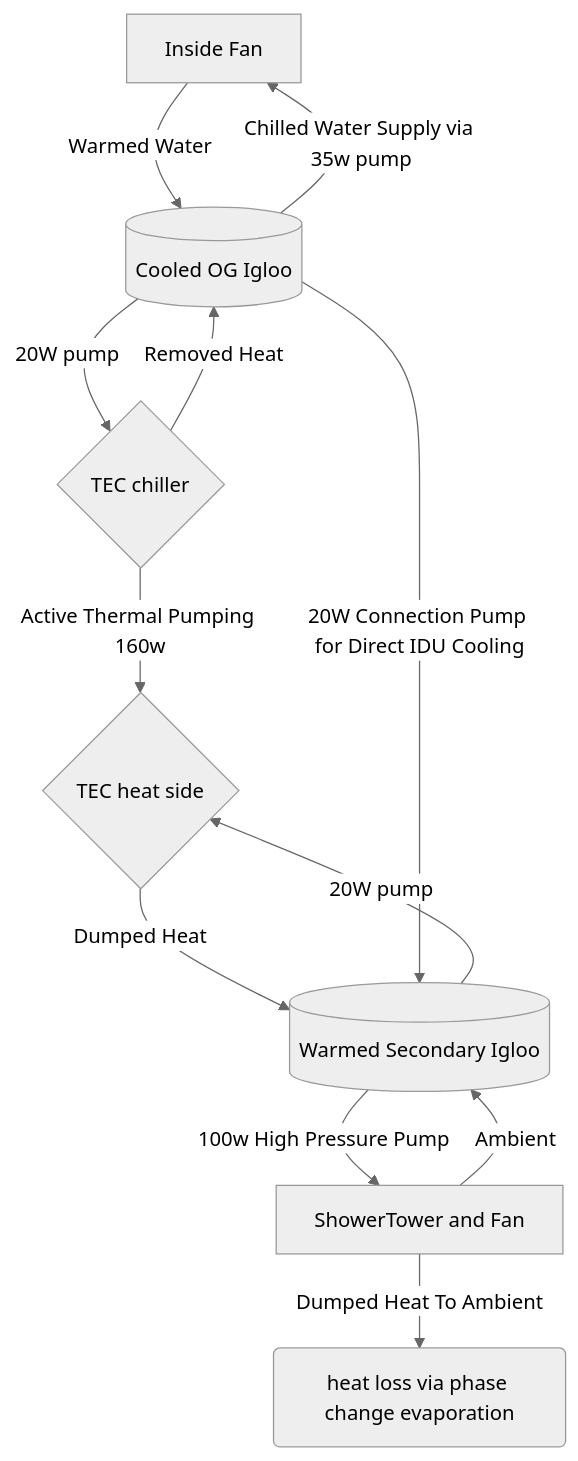
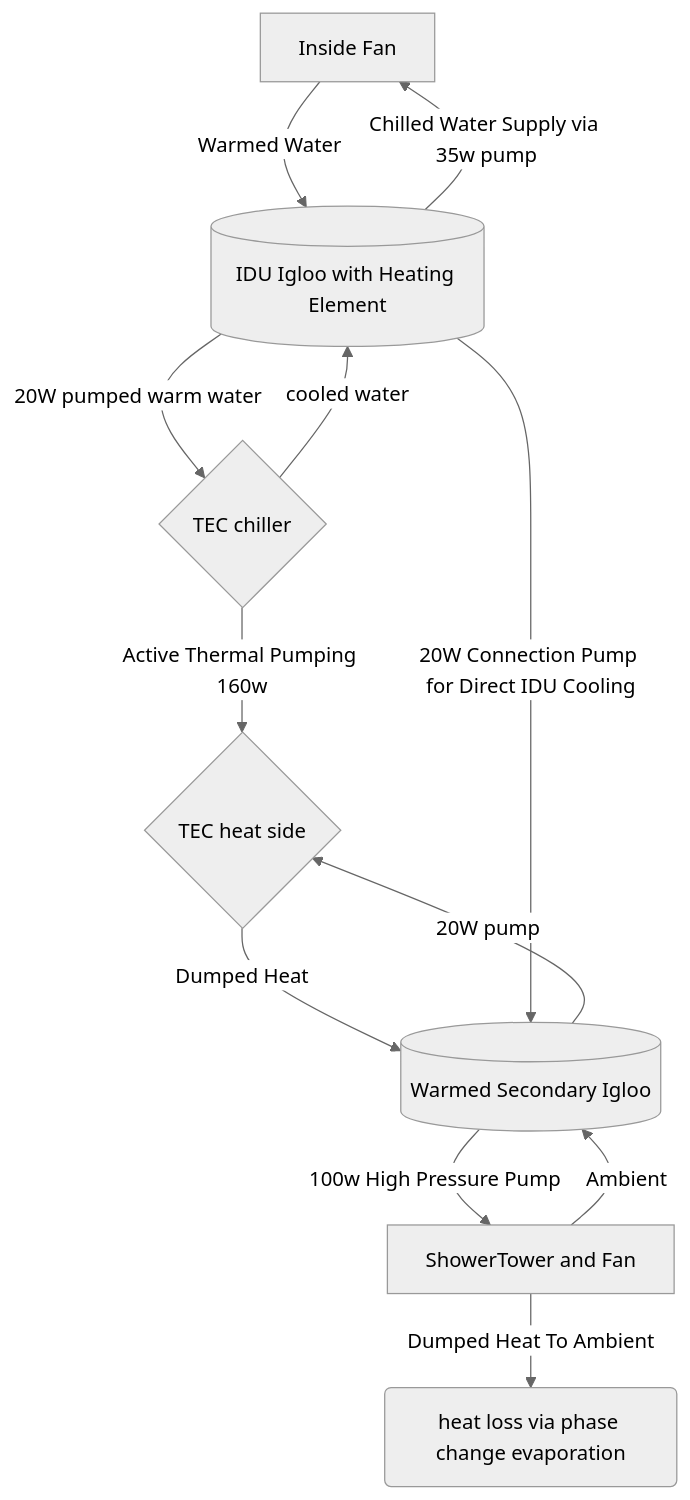
Before and after one commit to ericdmoore/casitaAzul: the diagram in src/cooling/readme.md, drawn with Mermaid (neutral theme).

Commit message:
diagram updates.13

````diff
--- a/src/cooling/readme.md
+++ b/src/cooling/readme.md
@@ -36,15 +36,15 @@
 ```mermaid
 flowchart TD
-   IDU[Inside Fan] -->|Warmed Water| IDUtub[(Cooled OG Igloo)]
+   IDU[Inside Fan] -->|Warmed Water| IDUtub[(IDU Igloo with Heating Element)]
    IDUtub -->|Chilled Water Supply via 35w pump| IDU
-   IDUtub -->|20W pump| TECcold{TEC chiller}
-   TECcold --> |Removed Heat| IDUtub
+   IDUtub -->|20W pumped warm water | TECcold{TEC chiller}
+   TECcold --> |cooled water| IDUtub
    TECcold --> |Active Thermal Pumping 160w| TEChot{TEC heat side}
    ODUtub[(Warmed Secondary Igloo)] -->|20W pump| TEChot
    TEChot -->|Dumped Heat| ODUtub
    ODUtub --> |100w High Pressure Pump| ShowerTower[ShowerTower and Fan]
    ShowerTower --> |Ambient| ODUtub
    ShowerTower --> |Dumped Heat To Ambient| air(heat loss via phase change evaporation)
 
    IDUtub -->|20W Connection Pump for Direct IDU Cooling| ODUtub
 ```
````
